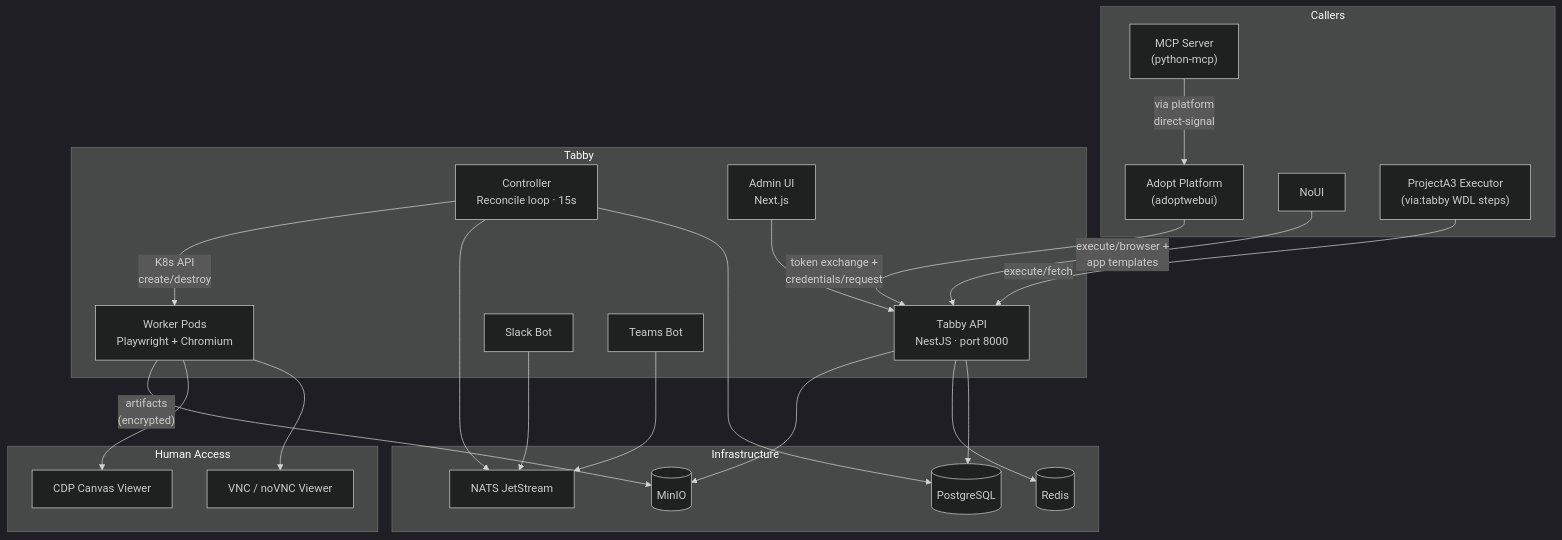
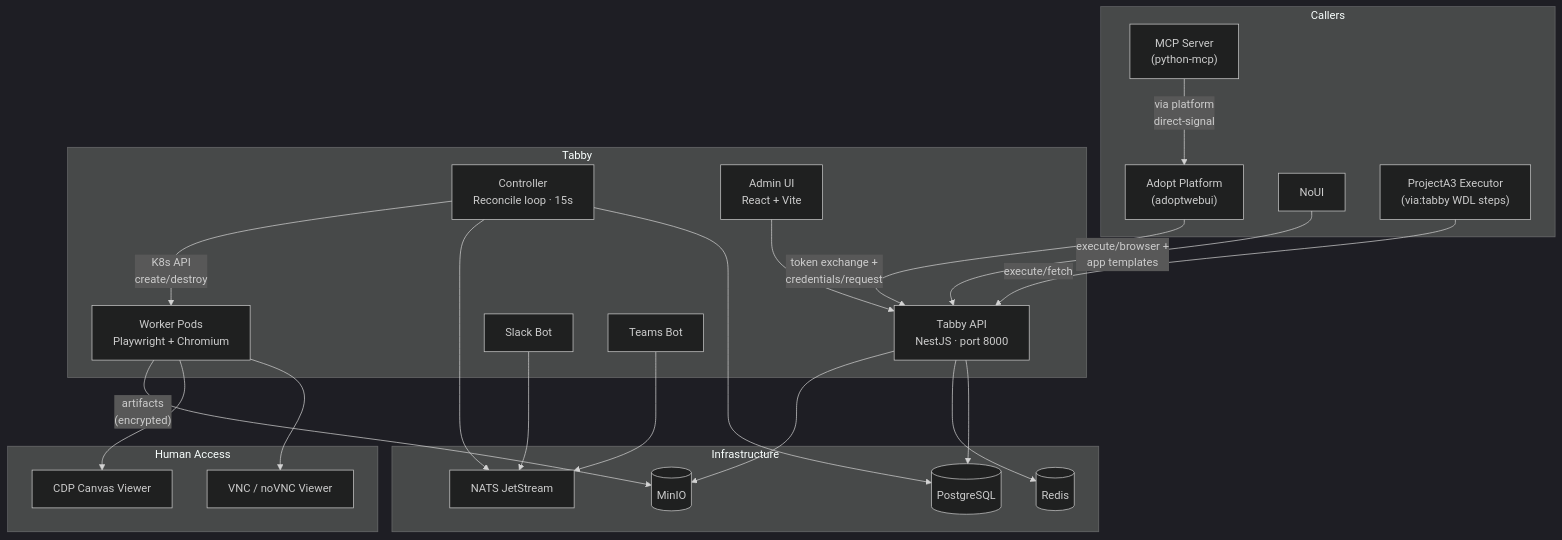
One commit to adoptai/tabby changed the first of 9 diagrams in docs/HIGH_LEVEL_ARCHITECTURE.md. Above: the diagram before and after it, drawn with Mermaid (dark theme). The commit also changed 3 other files, not shown here.

````diff
--- a/docs/HIGH_LEVEL_ARCHITECTURE.md
+++ b/docs/HIGH_LEVEL_ARCHITECTURE.md
@@ -7,49 +7,49 @@
 ```mermaid
 graph TB
     subgraph Callers
         PLAT["Adopt Platform<br/>(adoptwebui)"]
         MCP["MCP Server<br/>(python-mcp)"]
         NOUI["NoUI"]
         A3["ProjectA3 Executor<br/>(via:tabby WDL steps)"]
     end
 
     subgraph Tabby
         API["Tabby API<br/>NestJS · port 8000"]
         CTRL["Controller<br/>Reconcile loop · 15s"]
         WORKER["Worker Pods<br/>Playwright + Chromium"]
         SLACK["Slack Bot"]
         TEAMS["Teams Bot"]
-        ADMIN["Admin UI<br/>Next.js"]
+        ADMIN["Admin UI<br/>React + Vite"]
     end
 
     subgraph Infrastructure
         PG[(PostgreSQL)]
         REDIS[(Redis)]
         NATS[NATS JetStream]
         MINIO[(MinIO)]
     end
 
     subgraph Human Access
         VNC["VNC / noVNC Viewer"]
         CDP["CDP Canvas Viewer"]
     end
 
     PLAT -->|"token exchange +<br/>credentials/request"| API
     MCP -->|"via platform<br/>direct-signal"| PLAT
     NOUI -->|"execute/browser +<br/>app templates"| API
     A3 -->|"execute/fetch"| API
 
     API --> PG
     API --> REDIS
     API --> MINIO
     CTRL --> PG
     CTRL --> NATS
     CTRL -->|"K8s API<br/>create/destroy"| WORKER
     SLACK --> NATS
     TEAMS --> NATS
     ADMIN --> API
 
     WORKER --> VNC
     WORKER --> CDP
     WORKER -->|"artifacts<br/>(encrypted)"| MINIO
 ```
````
